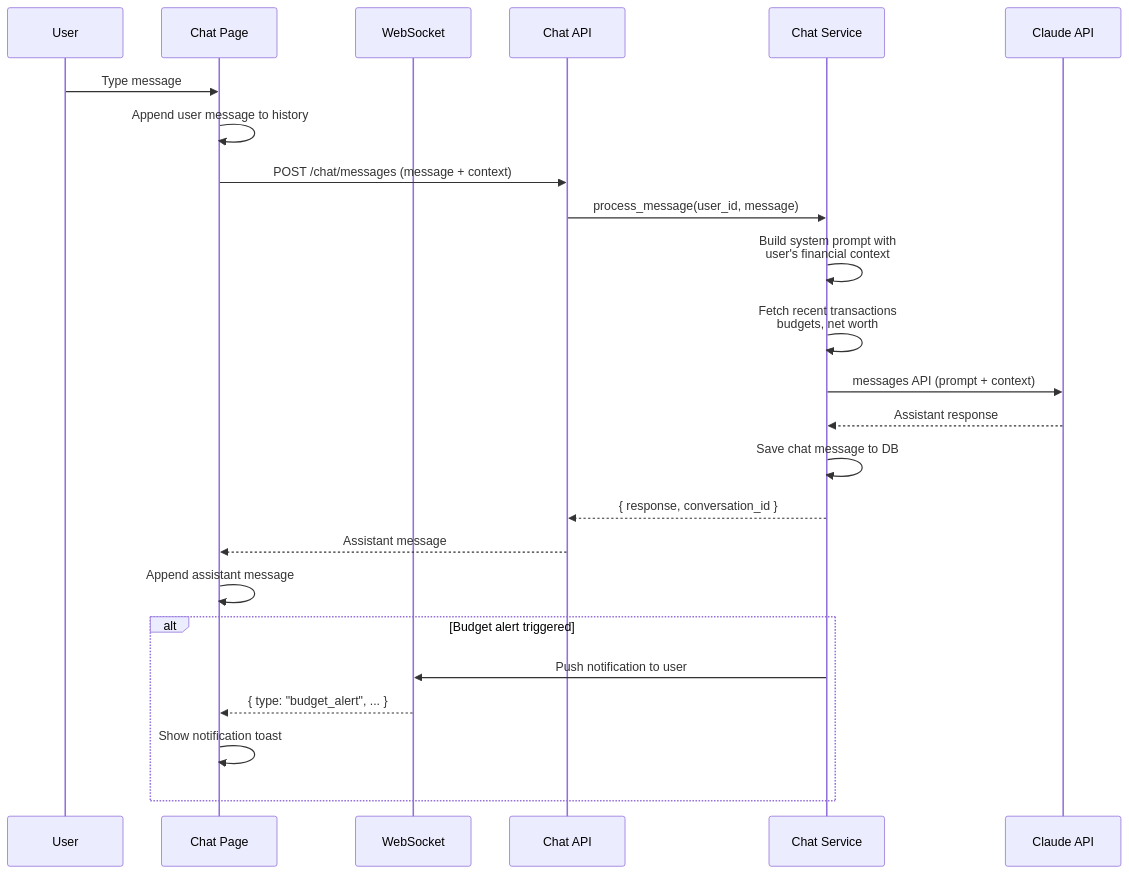
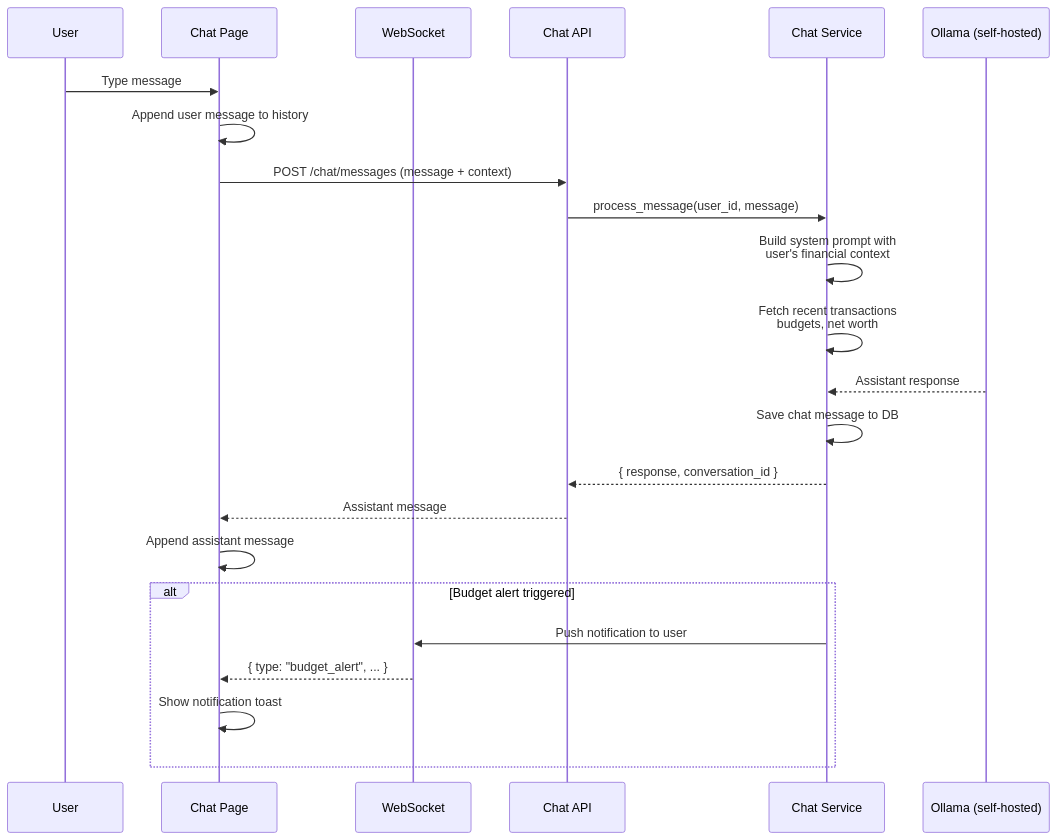
The first of 5 diagrams in docs/sprint-4.md (MuzafferDemirhan/wealthflow), drawn with Mermaid before and after one commit. The commit also changed other lines of this file and 3 other files, not shown here.

````diff
--- a/docs/sprint-4.md
+++ b/docs/sprint-4.md
@@ -8,30 +8,29 @@
 ```mermaid
 sequenceDiagram
     participant User as User
     participant Chat as Chat Page
     participant WS as WebSocket
     participant API as Chat API
     participant Service as Chat Service
-    participant Claude as Claude API
+    participant Ollama as Ollama (self-hosted)
 
     User->>Chat: Type message
     Chat->>Chat: Append user message to history
     Chat->>API: POST /chat/messages (message + context)
     API->>Service: process_message(user_id, message)
 
     Service->>Service: Build system prompt with<br/>user's financial context
     Service->>Service: Fetch recent transactions<br/>budgets, net worth
-    Service->>Claude: messages API (prompt + context)
-    Claude-->>Service: Assistant response
+    Ollama-->>Service: Assistant response
 
     Service->>Service: Save chat message to DB
     Service-->>API: { response, conversation_id }
     API-->>Chat: Assistant message
     Chat->>Chat: Append assistant message
 
     alt Budget alert triggered
         Service->>WS: Push notification to user
         WS-->>Chat: { type: "budget_alert", ... }
         Chat->>Chat: Show notification toast
     end
 ```
````
